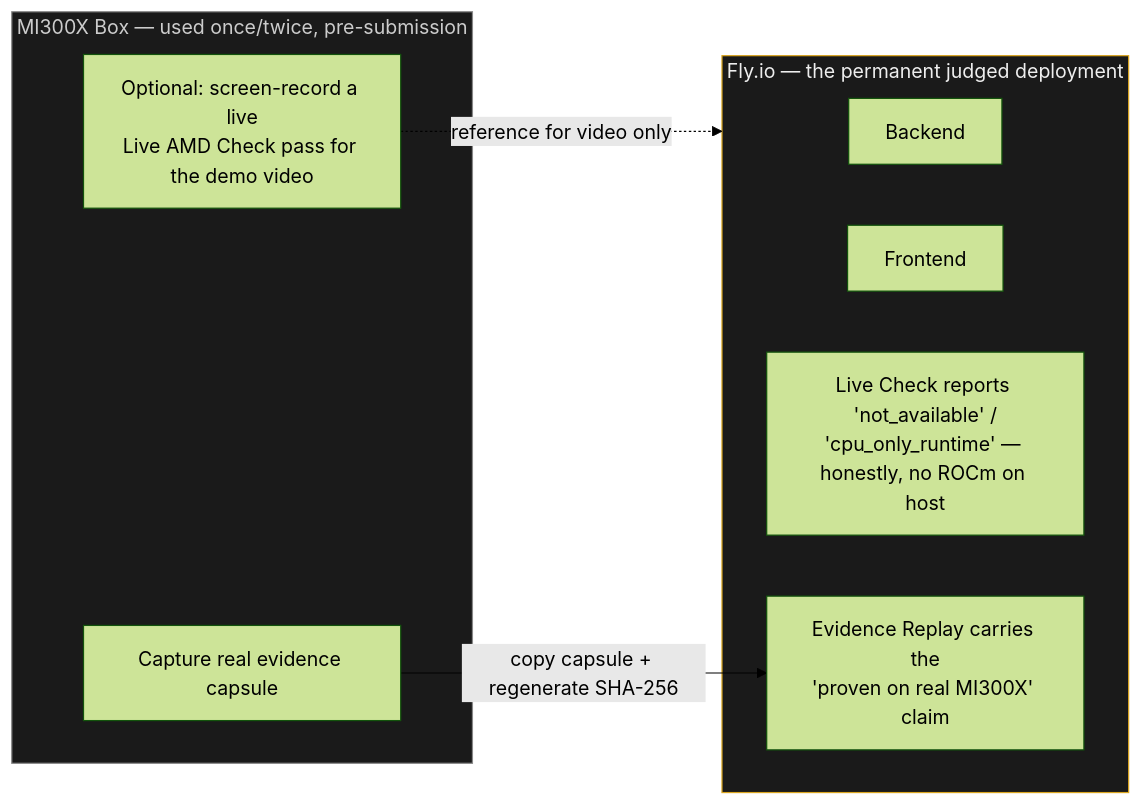
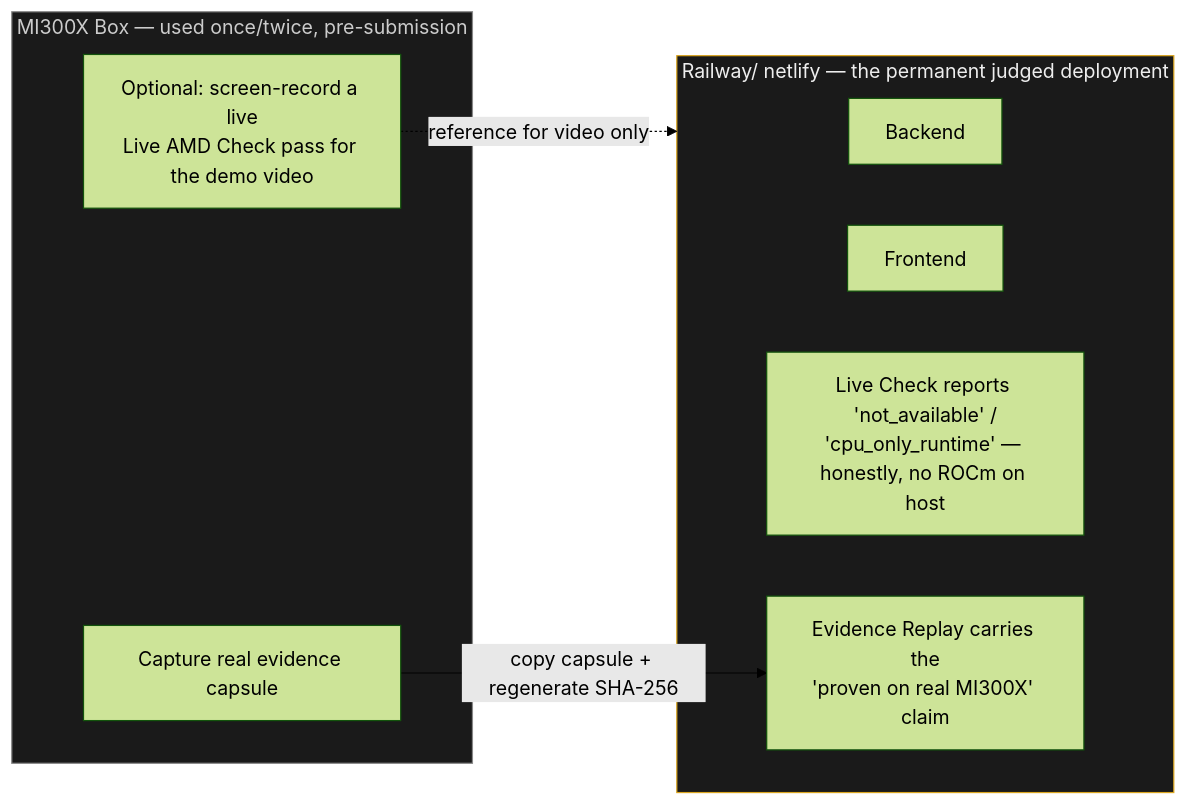
One commit to FabianS10/Reaper-Eagle-Forge-AMD-readiness-cockpit changed the fourth of 4 diagrams in README.md. Above: the diagram before and after it, drawn with Mermaid (forest theme). The commit also changed other lines of this file, not shown here.

Commit message:
Update deployment host references from Fly.io to Railway

````diff
--- a/README.md
+++ b/README.md
@@ -183,20 +183,20 @@
 ```mermaid
 flowchart LR
     subgraph MI["MI300X Box — used once/twice, pre-submission"]
         Cap[Capture real evidence capsule]
         Rec[Optional: screen-record a live<br/>Live AMD Check pass for the demo video]
     end
 
-    subgraph Perm["Fly.io — the permanent judged deployment"]
+    subgraph Perm["Railway/ netlify — the permanent judged deployment"]
         BE[Backend]
         FE[Frontend]
         LiveP[Live Check reports 'not_available' /<br/>'cpu_only_runtime' — honestly, no ROCm on host]
         ReplayP[Evidence Replay carries the<br/>'proven on real MI300X' claim]
     end
 
     Cap -->|copy capsule + regenerate SHA-256| ReplayP
     Rec -.reference for video only.-> Perm
 
     style MI fill:#1a1a1a,stroke:#888,color:#ccc
     style Perm fill:#1a1a1a,stroke:#DAA520,color:#eee
 ```
````
